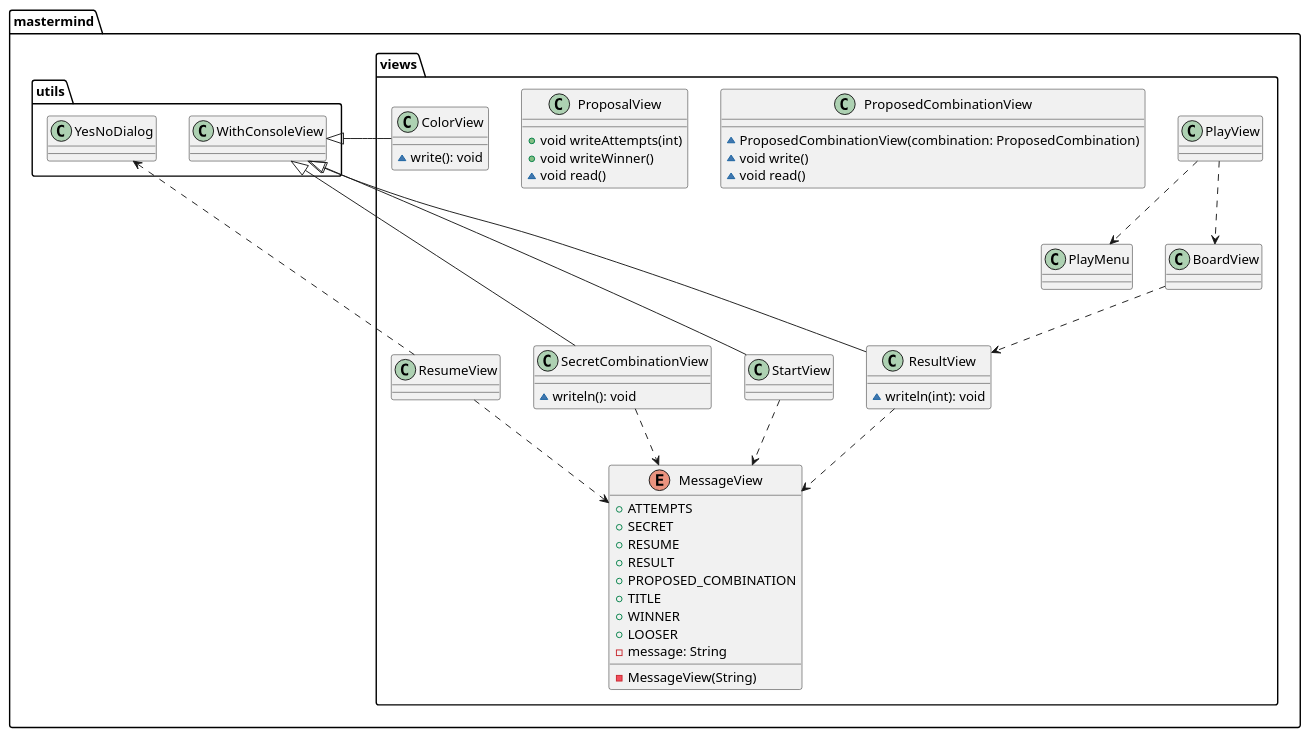
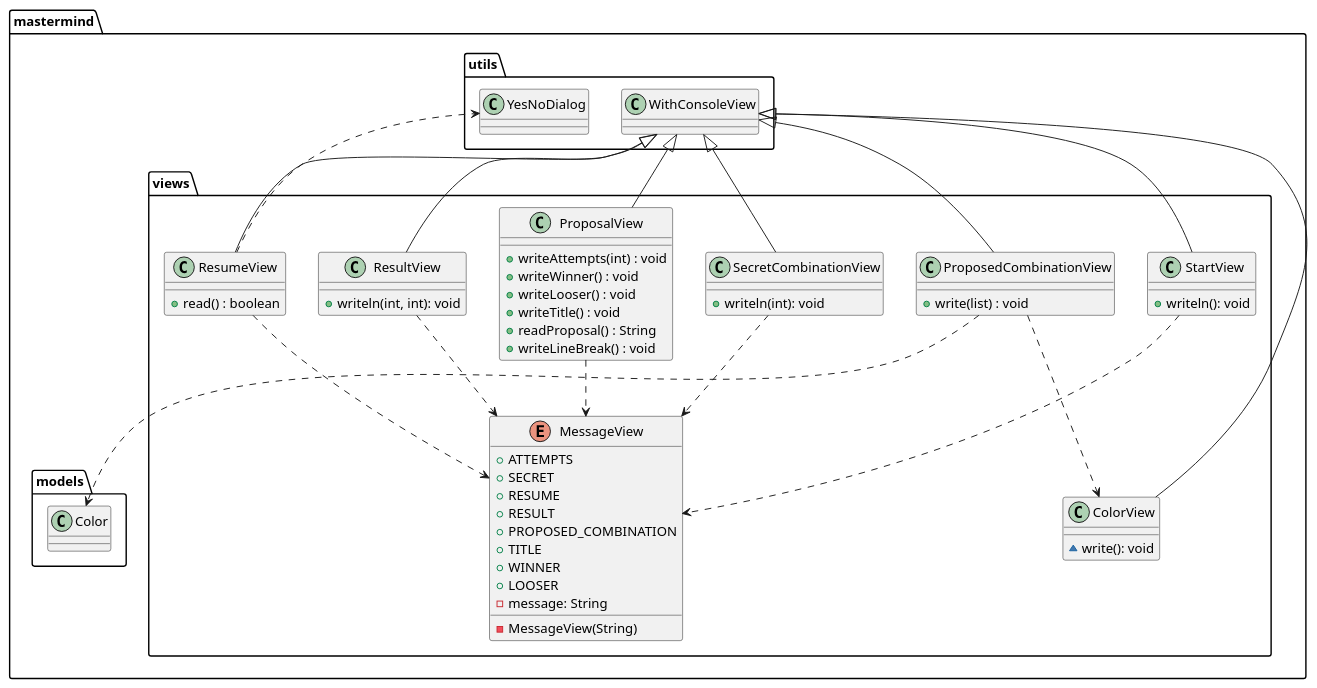
The diagram in docs/mastermind.views.puml (juanaviladev/dcs-mastermind), drawn with PlantUML before and after one commit. The commit also changed 1 other file, not shown here.

```diff
--- a/docs/mastermind.views.puml
+++ b/docs/mastermind.views.puml
@@ -1,66 +1,67 @@
 @startuml
 
 top to bottom direction
 
 class mastermind.views.ColorView {
     ~ write(): void
 }
 mastermind.utils.WithConsoleView <|--- mastermind.views.ColorView
 
 class mastermind.views.SecretCombinationView {
-    ~ writeln(): void
+    + writeln(int): void
 }
 mastermind.utils.WithConsoleView <|--- mastermind.views.SecretCombinationView
 mastermind.views.SecretCombinationView ..> mastermind.views.MessageView
 
 class mastermind.views.ProposedCombinationView {
-    ~ ProposedCombinationView(combination: ProposedCombination)
-    ~ void write()
-    ~ void read()
+    + write(list) : void
 }
+mastermind.utils.WithConsoleView <|-- mastermind.views.ProposedCombinationView
+mastermind.views.ProposedCombinationView ..> mastermind.views.ColorView
+mastermind.views.ProposedCombinationView ..> mastermind.models.Color
 
 class mastermind.views.ProposalView {
-    + void writeAttempts(int)
-    + void writeWinner()
-    ~ void read()
+    + writeAttempts(int) : void
+    + writeWinner() : void
+    + writeLooser() : void
+    + writeTitle() : void
+    + readProposal() : String
+    + writeLineBreak() : void
 }
+mastermind.utils.WithConsoleView <|-- mastermind.views.ProposalView
+mastermind.views.ProposalView ..> mastermind.views.MessageView
+
+class mastermind.views.ResultView {
+    + writeln(int, int): void
+}
+mastermind.utils.WithConsoleView <|-- mastermind.views.ResultView
+mastermind.views.ResultView ..> mastermind.views.MessageView
+
+class mastermind.views.ResumeView {
+    + read() : boolean
+}
+mastermind.utils.WithConsoleView <|-- mastermind.views.ResumeView
+mastermind.views.ResumeView ..> mastermind.utils.YesNoDialog
+mastermind.views.ResumeView ..> mastermind.views.MessageView
+
+class mastermind.views.StartView {
+    + writeln(): void
+}
+mastermind.utils.WithConsoleView <|-- mastermind.views.StartView
+mastermind.views.StartView ..> mastermind.views.MessageView
+
 
 enum mastermind.views.MessageView {
     + ATTEMPTS
    	+ SECRET
    	+ RESUME
    	+ RESULT
    	+ PROPOSED_COMBINATION
    	+ TITLE
    	+ WINNER
    	+ LOOSER
     - message: String
     - MessageView(String)
 }
 
-class mastermind.views.PlayView {
-}
-mastermind.views.PlayView ..> mastermind.views.PlayMenu
-mastermind.views.PlayView ..> mastermind.views.BoardView
-
-class mastermind.views.ResultView {
-    ~ writeln(int): void
-}
-mastermind.utils.WithConsoleView <|-- mastermind.views.ResultView
-mastermind.views.ResultView ..> mastermind.views.MessageView
-
-class mastermind.views.ResumeView {
-}
-mastermind.views.ResumeView ..> mastermind.utils.YesNoDialog
-mastermind.views.ResumeView ..> mastermind.views.MessageView
-
-class mastermind.views.StartView {
-}
-mastermind.utils.WithConsoleView <|-- mastermind.views.StartView
-mastermind.views.StartView ..> mastermind.views.MessageView
-
-class mastermind.views.BoardView {
-}
-mastermind.views.BoardView ..> mastermind.views.ResultView
-
 @enduml
```
